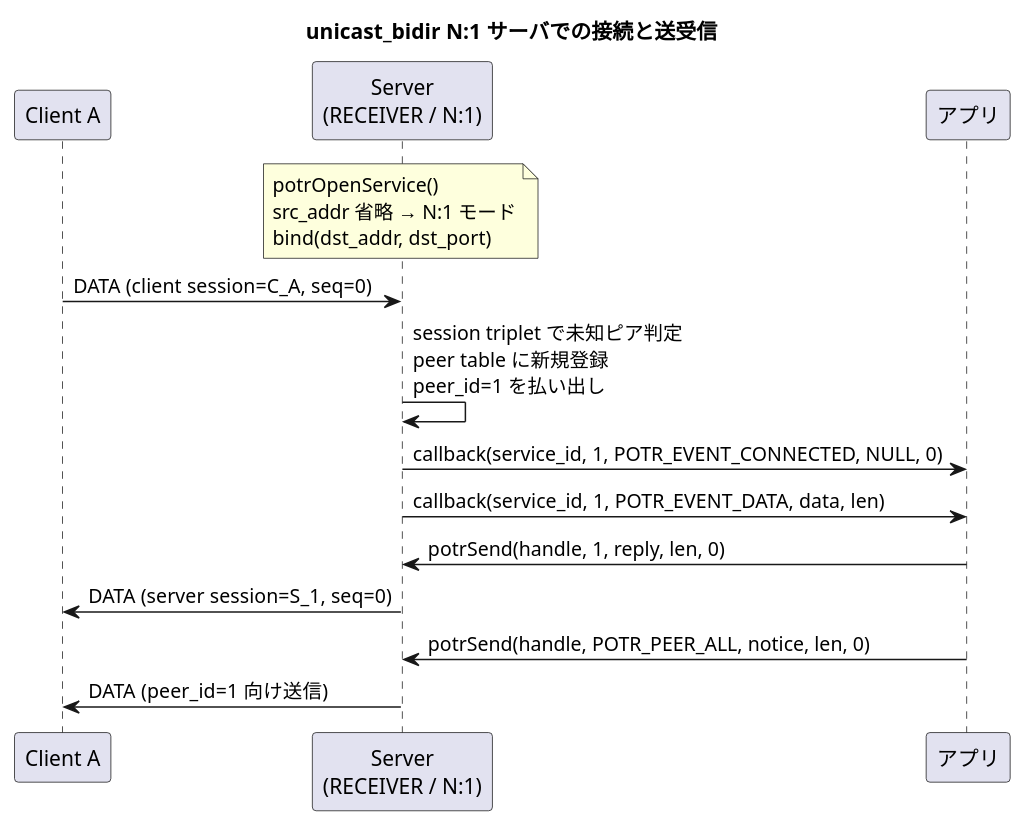
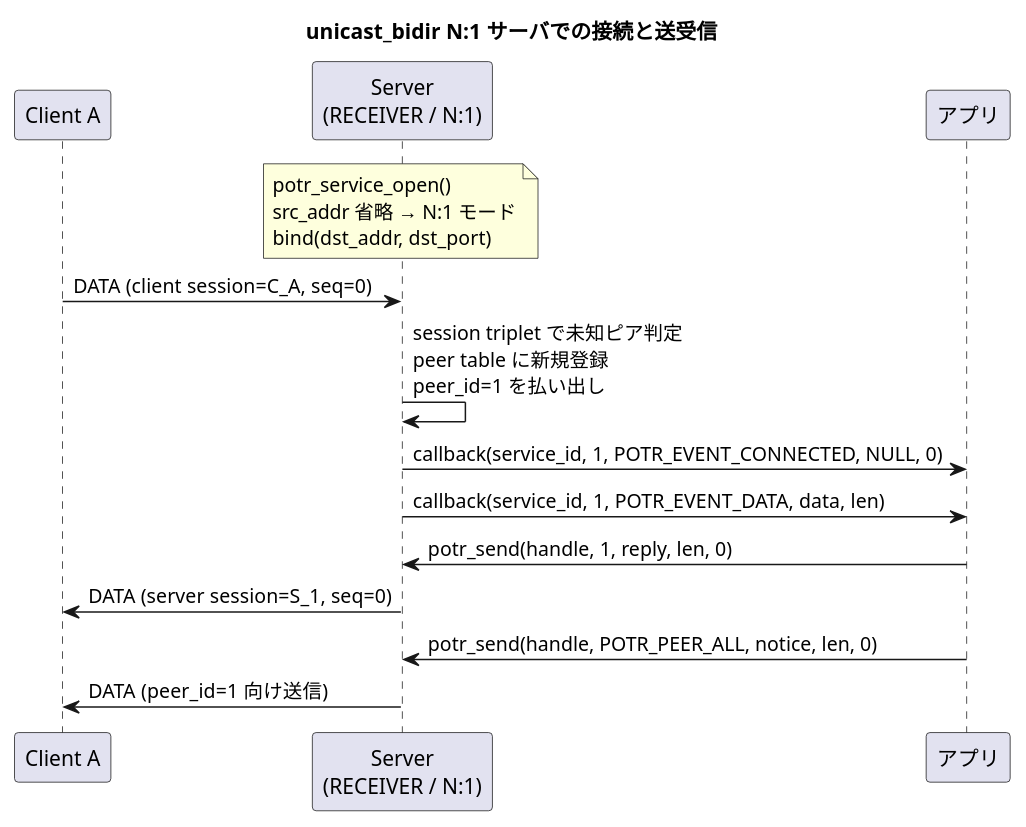
Before and after one commit to Hondarer/app_porter: diagram 19 of 30 in docs/sequence.md, drawn with PlantUML. The commit also changed other lines of this file and 148 other files, not shown here.

````diff
--- a/docs/sequence.md
+++ b/docs/sequence.md
@@ -719,22 +719,22 @@
 ```plantuml
 @startuml unicast_bidir N1 接続
 title unicast_bidir N:1 サーバでの接続と送受信
 
 participant "Client A" as CA
 participant "Server\n(RECEIVER / N:1)" as S
 participant "アプリ" as APP
 
-note over S: potrOpenService()\nsrc_addr 省略 → N:1 モード\nbind(dst_addr, dst_port)
+note over S: potr_service_open()\nsrc_addr 省略 → N:1 モード\nbind(dst_addr, dst_port)
 
 CA -> S: DATA (client session=C_A, seq=0)
 S -> S: session triplet で未知ピア判定\npeer table に新規登録\npeer_id=1 を払い出し
 S -> APP: callback(service_id, 1, POTR_EVENT_CONNECTED, NULL, 0)
 S -> APP: callback(service_id, 1, POTR_EVENT_DATA, data, len)
 
-APP -> S: potrSend(handle, 1, reply, len, 0)
+APP -> S: potr_send(handle, 1, reply, len, 0)
 S -> CA: DATA (server session=S_1, seq=0)
 
-APP -> S: potrSend(handle, POTR_PEER_ALL, notice, len, 0)
+APP -> S: potr_send(handle, POTR_PEER_ALL, notice, len, 0)
 S -> CA: DATA (peer_id=1 向け送信)
 @enduml
 ```
````
